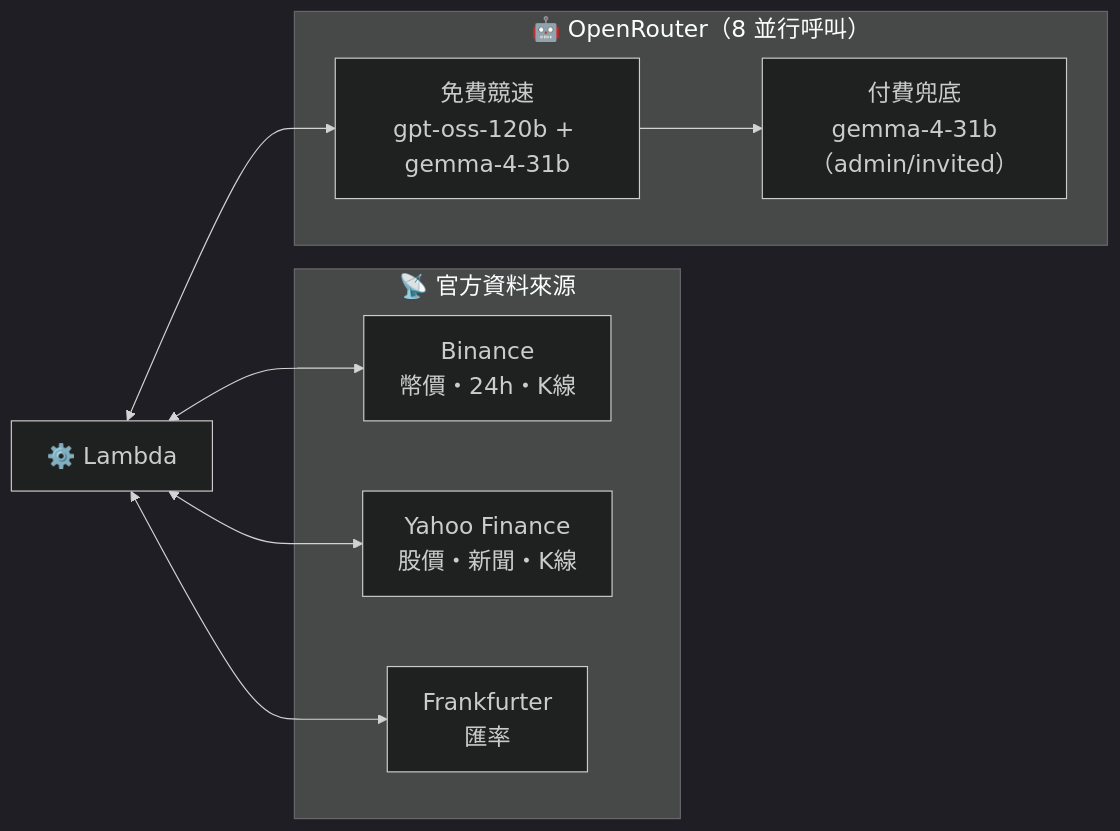
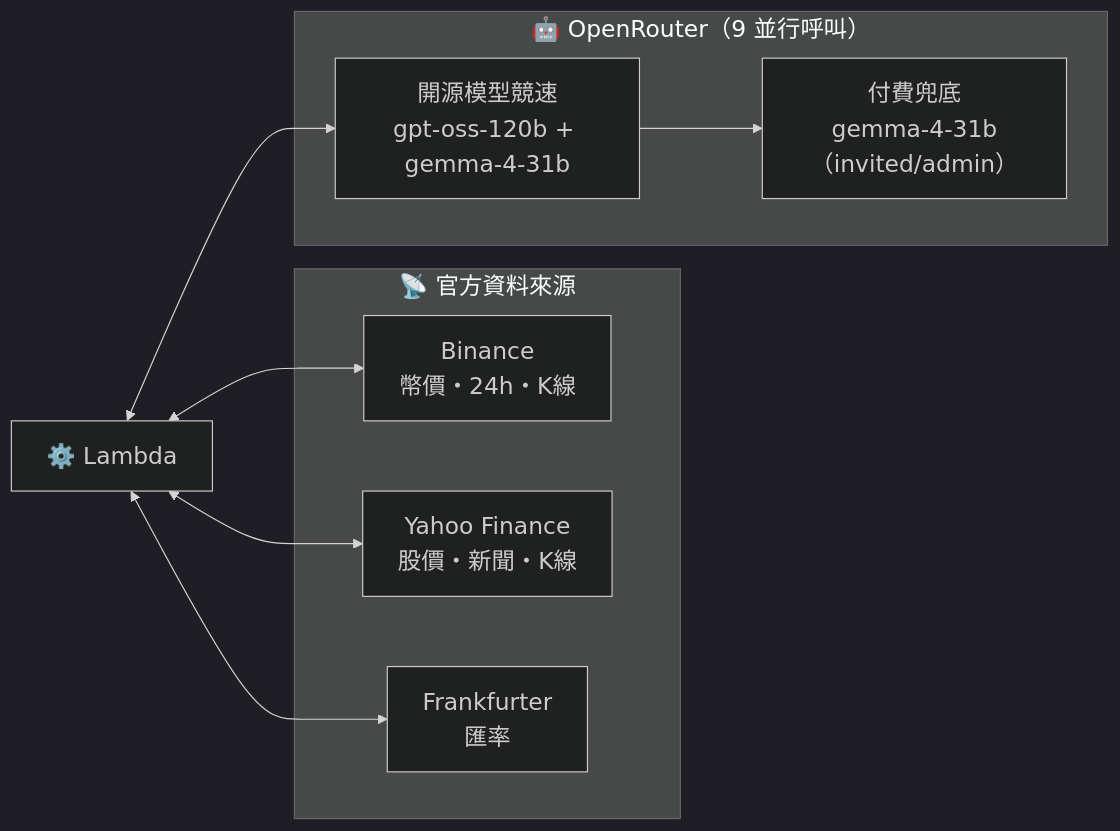
Before and after one commit to burma2005/asset-report-bot: the second of 3 diagrams in README.md, drawn with Mermaid. The commit also changed other lines of this file and 7 other files, not shown here.

````diff
--- a/README.md
+++ b/README.md
@@ -33,19 +43,19 @@
 ```mermaid
 %%{init: {'theme':'dark', 'themeVariables': {'fontSize':'20px'}, 'flowchart': {'nodeSpacing': 60, 'rankSpacing': 70}}}%%
 flowchart LR
     LB["⚙️ Lambda"]
 
     subgraph APIs["📡 官方資料來源"]
         BN["Binance<br/>幣價・24h・K線"]
         YF["Yahoo Finance<br/>股價・新聞・K線"]
         FK["Frankfurter<br/>匯率"]
     end
 
-    subgraph AI["🤖 OpenRouter（8 並行呼叫）"]
-        R1["免費競速<br/>gpt-oss-120b + gemma-4-31b"]
-        R2["付費兜底<br/>gemma-4-31b（admin/invited）"]
+    subgraph AI["🤖 OpenRouter（9 並行呼叫）"]
+        R1["開源模型競速<br/>gpt-oss-120b + gemma-4-31b"]
+        R2["付費兜底<br/>gemma-4-31b（invited/admin）"]
     end
 
     LB <--> BN & YF & FK
     LB <--> R1 --> R2
 ```
````
